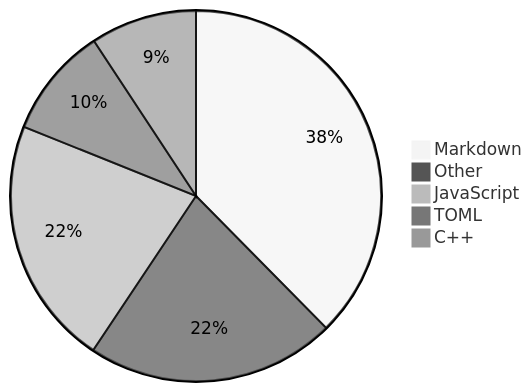
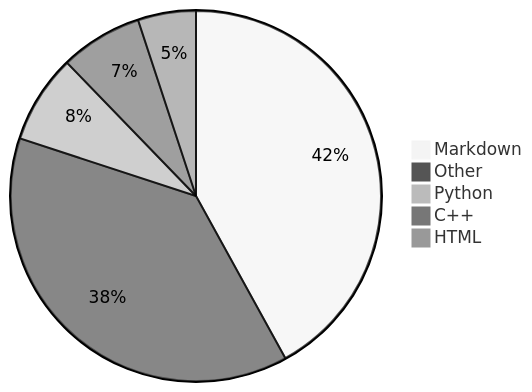
The diagram in README.md (Alicia111/alicia111), drawn with Mermaid (neutral theme) before and after one commit.

Commit message:
Update WakaTime stats (・ω・)b

````diff
--- a/README.md
+++ b/README.md
@@ -32,8 +32,8 @@
 ```mermaid
 pie
-    "Markdown" : 32.37
-    "Other" : 18.72
-    "JavaScript" : 18.7
-    "TOML" : 8.31
-    "C++" : 7.97
+    "Markdown" : 40.32
+    "Other" : 36.53
+    "Python" : 7.42
+    "C++" : 6.89
+    "HTML" : 4.86
 ```
````
